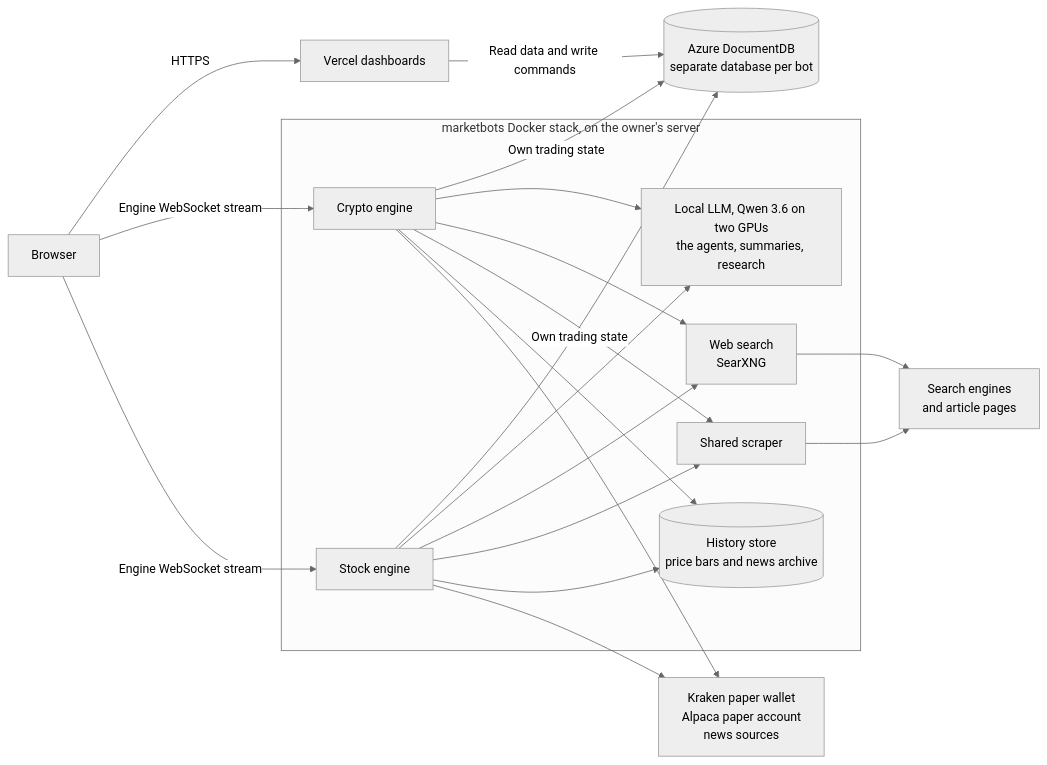
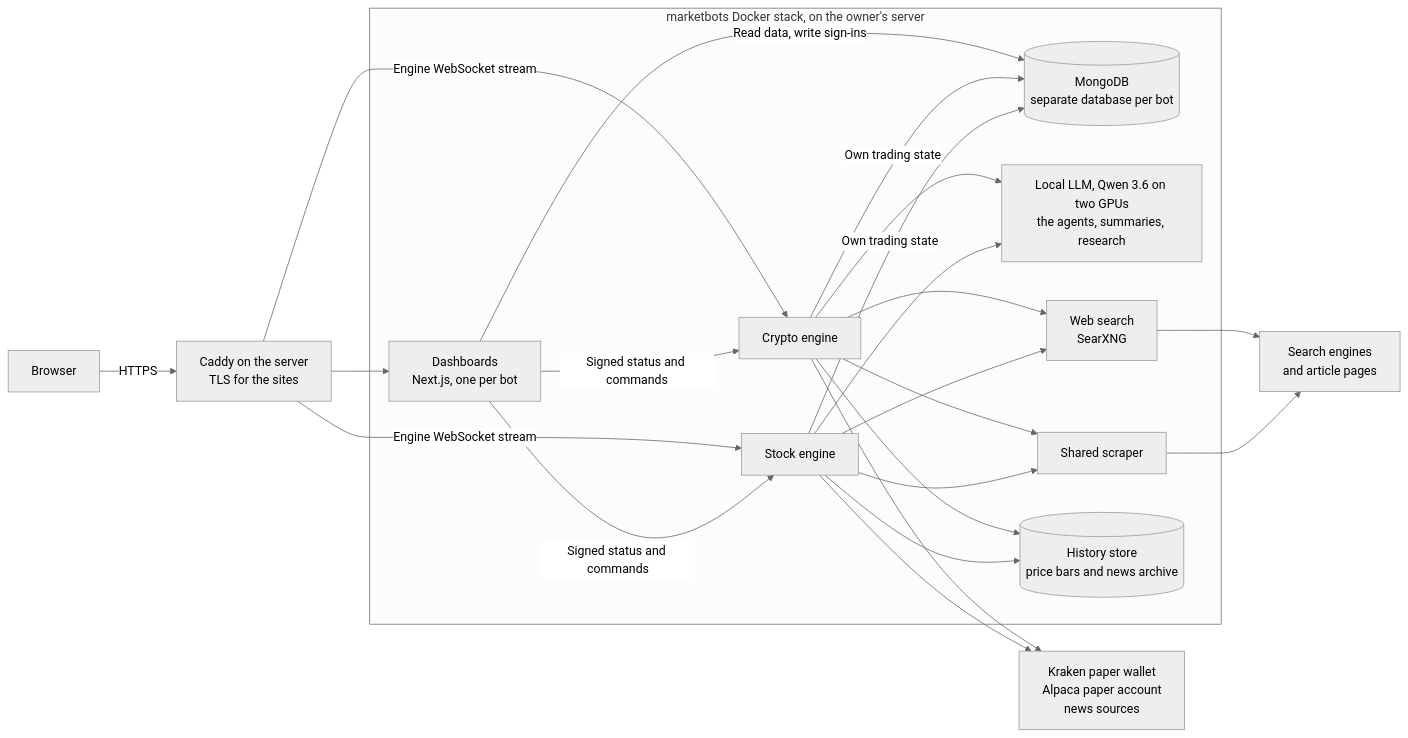
Before and after one commit to colinfran/marketbots: the second of 2 diagrams in README.md, drawn with Mermaid (neutral theme). The commit also changed other lines of this file and 37 other files, not shown here.

````diff
--- a/README.md
+++ b/README.md
@@ -38,30 +38,32 @@
 ```mermaid
 flowchart LR
     browser[Browser]
-    dashboards[Vercel dashboards]
-    db[(Azure DocumentDB<br/>separate database per bot)]
+    caddy[Caddy on the server<br/>TLS for the sites]
     services[Kraken paper wallet<br/>Alpaca paper account<br/>news sources]
     internet[Search engines<br/>and article pages]
 
     subgraph server["marketbots Docker stack, on the owner's server"]
+        dashboards[Dashboards<br/>Next.js, one per bot]
+        db[(MongoDB<br/>separate database per bot)]
         crypto[Crypto engine]
         stock[Stock engine]
         llm[Local LLM, Qwen 3.6 on two GPUs<br/>the agents, summaries, research]
         search[Web search<br/>SearXNG]
         scraper[Shared scraper]
         history[(History store<br/>price bars and news archive)]
     end
 
-    browser -->|HTTPS| dashboards
-    dashboards -->|Read data and write commands| db
-    browser -->|Engine WebSocket stream| crypto
-    browser -->|Engine WebSocket stream| stock
+    browser -->|HTTPS| caddy
+    caddy --> dashboards
+    caddy -->|Engine WebSocket stream| crypto & stock
+    dashboards -->|Signed status and commands| crypto & stock
+    dashboards -->|Read data, write sign-ins| db
     crypto -->|Own trading state| db
     stock -->|Own trading state| db
     crypto & stock --> llm
     crypto & stock --> search
     crypto & stock --> scraper
     crypto & stock --> history
     crypto & stock --> services
     search & scraper --> internet
 ```
````
